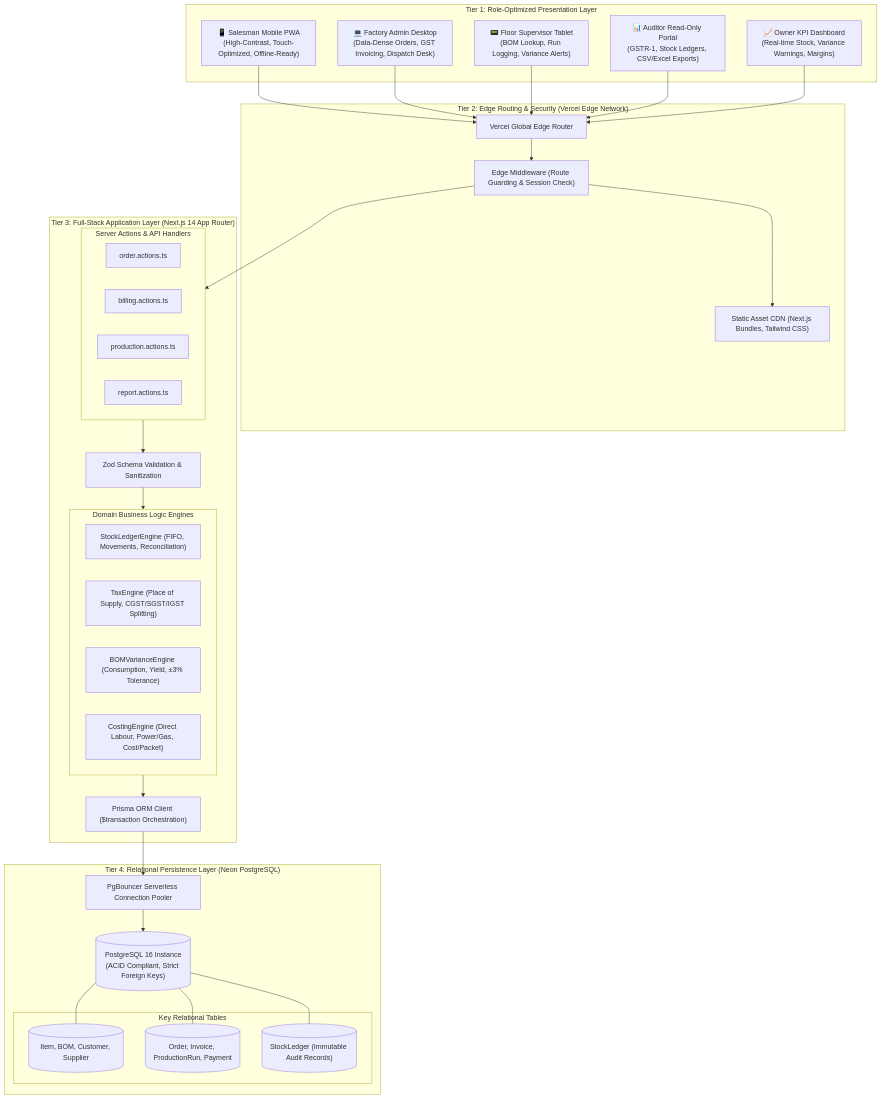
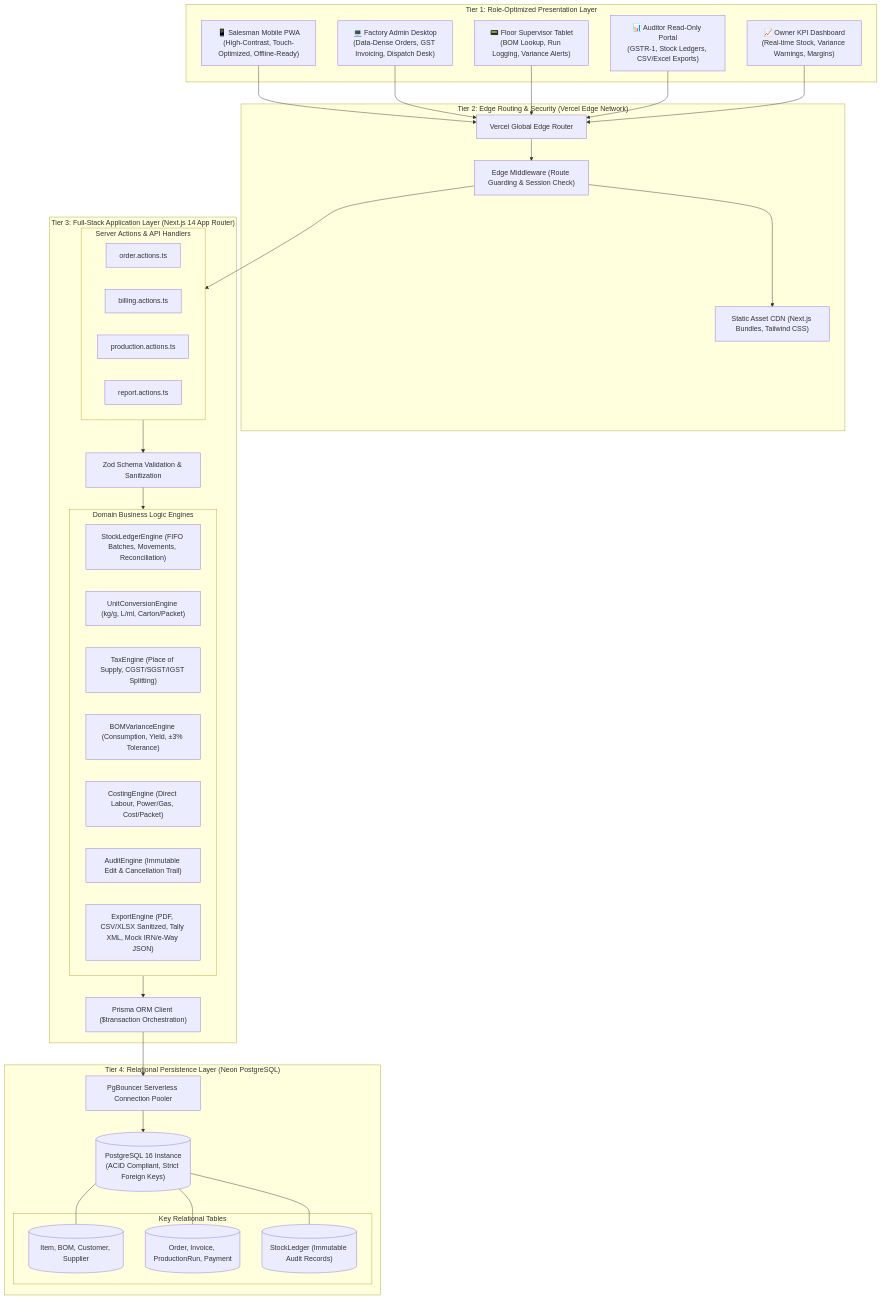
Before and after one commit to RohithRV2006/Nittin: the first of 2 diagrams in docs/ARCHITECTURE.md, drawn with Mermaid. The commit also changed other lines of this file and 9 other files, not shown here.

Commit message:
docs: add comprehensive system architecture and business logic documentation

````diff
--- a/docs/ARCHITECTURE.md
+++ b/docs/ARCHITECTURE.md
@@ -17,57 +17,60 @@
 ```mermaid
 flowchart TD
     subgraph PresentationLayer ["Tier 1: Role-Optimized Presentation Layer"]
         SalesDevice["📱 Salesman Mobile PWA\n(High-Contrast, Touch-Optimized, Offline-Ready)"]
         AdminDevice["💻 Factory Admin Desktop\n(Data-Dense Orders, GST Invoicing, Dispatch Desk)"]
         SupervisorDevice["📟 Floor Supervisor Tablet\n(BOM Lookup, Run Logging, Variance Alerts)"]
         AuditorDevice["📊 Auditor Read-Only Portal\n(GSTR-1, Stock Ledgers, CSV/Excel Exports)"]
         OwnerDevice["📈 Owner KPI Dashboard\n(Real-time Stock, Variance Warnings, Margins)"]
     end
 
     subgraph EdgeLayer ["Tier 2: Edge Routing & Security (Vercel Edge Network)"]
         EdgeRouter["Vercel Global Edge Router"]
         EdgeAuth["Edge Middleware (Route Guarding & Session Check)"]
         StaticAssets["Static Asset CDN (Next.js Bundles, Tailwind CSS)"]
     end
 
     subgraph ApplicationLayer ["Tier 3: Full-Stack Application Layer (Next.js 14 App Router)"]
         subgraph ServerActions ["Server Actions & API Handlers"]
             OrderActions["order.actions.ts"]
             BillingActions["billing.actions.ts"]
             ProductionActions["production.actions.ts"]
             ReportActions["report.actions.ts"]
         end
 
         subgraph DomainEngines ["Domain Business Logic Engines"]
-            StockEngine["StockLedgerEngine (FIFO, Movements, Reconciliation)"]
+            StockEngine["StockLedgerEngine (FIFO Batches, Movements, Reconciliation)"]
+            UnitEngine["UnitConversionEngine (kg/g, L/ml, Carton/Packet)"]
             TaxEngine["TaxEngine (Place of Supply, CGST/SGST/IGST Splitting)"]
             BOMEngine["BOMVarianceEngine (Consumption, Yield, ±3% Tolerance)"]
             CostingEngine["CostingEngine (Direct Labour, Power/Gas, Cost/Packet)"]
+            AuditEngine["AuditEngine (Immutable Edit & Cancellation Trail)"]
+            ExportEngine["ExportEngine (PDF, CSV/XLSX Sanitized, Tally XML, Mock IRN/e-Way JSON)"]
         end
 
         ZodValidator["Zod Schema Validation & Sanitization"]
         PrismaClient["Prisma ORM Client ($transaction Orchestration)"]
     end
 
     subgraph DataLayer ["Tier 4: Relational Persistence Layer (Neon PostgreSQL)"]
         ConnectionPooler["PgBouncer Serverless Connection Pooler"]
         PostgresDB[("PostgreSQL 16 Instance\n(ACID Compliant, Strict Foreign Keys)")]
         subgraph TablesGroup ["Key Relational Tables"]
             MasterTables[("Item, BOM, Customer, Supplier")]
             TransactionTables[("Order, Invoice, ProductionRun, Payment")]
             LedgerTable[("StockLedger (Immutable Audit Records)")]
         end
     end
 
     SalesDevice & AdminDevice & SupervisorDevice & AuditorDevice & OwnerDevice --> EdgeRouter
     EdgeRouter --> EdgeAuth
     EdgeAuth --> StaticAssets
     EdgeAuth --> ServerActions
 
     ServerActions --> ZodValidator
     ZodValidator --> DomainEngines
     DomainEngines --> PrismaClient
     PrismaClient --> ConnectionPooler
     ConnectionPooler --> PostgresDB
     PostgresDB --- MasterTables & TransactionTables & LedgerTable
 ```
````
